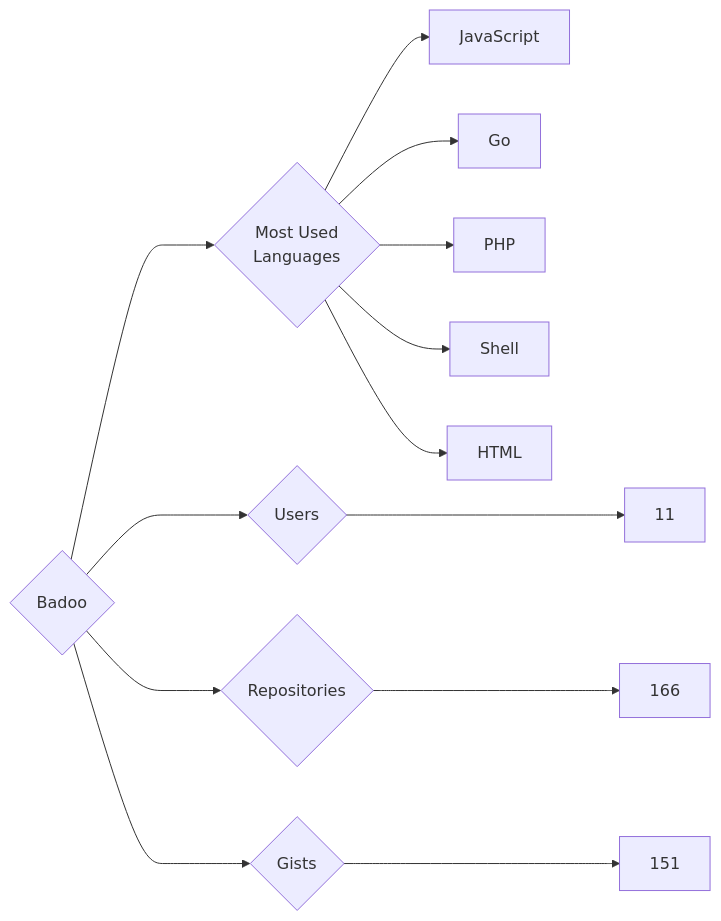
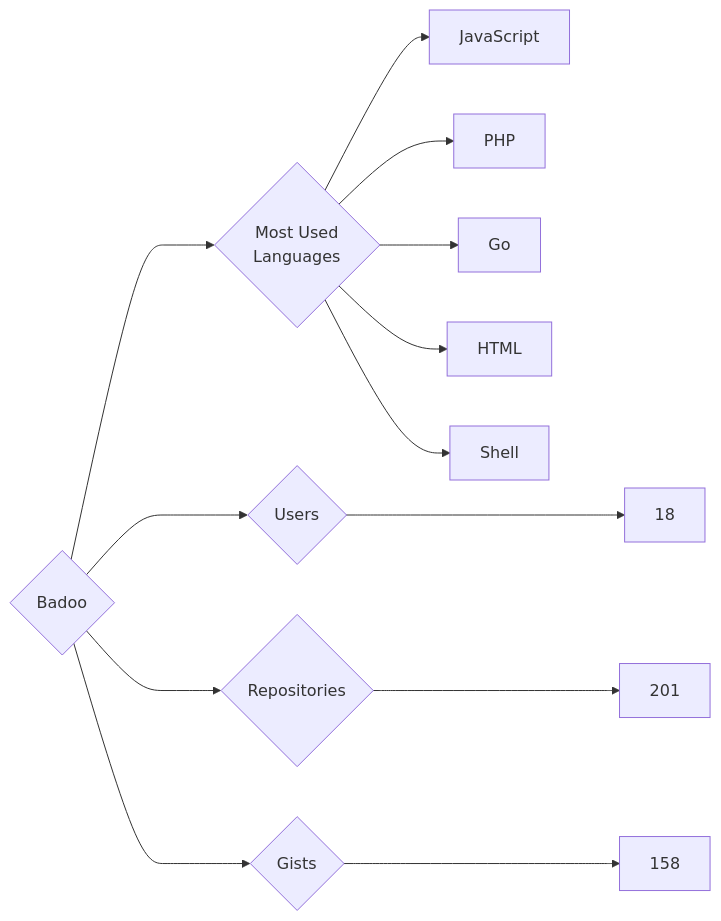
The diagram in targets/Badoo/README.md (trickest/insiders), drawn with Mermaid before and after one commit. The commit also changed 629 other files, not shown here.

````diff
--- a/targets/Badoo/README.md
+++ b/targets/Badoo/README.md
@@ -3,13 +3,13 @@
 ```mermaid
 graph LR
 COMPANY_NAME{Badoo}
-COMPANY_NAME ---> U{Users} ---> UN[11]
-COMPANY_NAME ---> R{Repositories} ---> RN[166]
-COMPANY_NAME ---> G{Gists} ---> GN[151]
+COMPANY_NAME ---> U{Users} ---> UN[18]
+COMPANY_NAME ---> R{Repositories} ---> RN[201]
+COMPANY_NAME ---> G{Gists} ---> GN[158]
 COMPANY_NAME ---> ML{Most Used<br>Languages}
 ML --> JavaScript[JavaScript]
+ML --> PHP[PHP]
 ML --> Go[Go]
-ML --> PHP[PHP]
+ML --> HTML[HTML]
 ML --> Shell[Shell]
-ML --> HTML[HTML]
 ```
````
